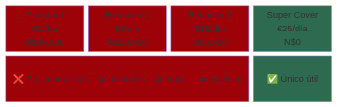
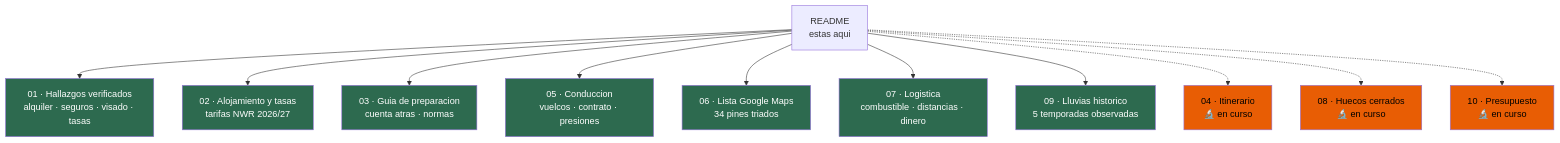
Before and after one commit to morandeirachema/namibia: the eighth of 10 diagrams in README.md, drawn with Mermaid. The commit also changed other lines of this file, not shown here.

````diff
--- a/README.md
+++ b/README.md
@@ -284,16 +232,24 @@
 ```mermaid
-block-beta
-    columns 4
-    A["Standard<br/>€0/día<br/>N$40.000"]
-    B["Reduced 1<br/>€8/día<br/>N$20.000"]
-    C["Reduced 2<br/>€15/día<br/>N$5.000"]
-    D["Super Cover<br/>€25/día<br/>N$0"]
-    E["❌ Sin neumáticos · sin cristales · sin bajos · sin vuelcos"]:3
-    F["✅ Único útil"]:1
-    style A fill:#9d0208,color:#fff
-    style B fill:#9d0208,color:#fff
-    style C fill:#9d0208,color:#fff
-    style D fill:#2d6a4f,color:#fff
-    style E fill:#9d0208,color:#fff
-    style F fill:#2d6a4f,color:#fff
+flowchart TD
+    R["README<br/>estas aqui"]
+    R --> D1["01 · Hallazgos verificados<br/>alquiler · seguros · visado · tasas"]
+    R --> D2["02 · Alojamiento y tasas<br/>tarifas NWR 2026/27"]
+    R --> D3["03 · Guia de preparacion<br/>cuenta atras · normas"]
+    R --> D5["05 · Conduccion<br/>vuelcos · contrato · presiones"]
+    R --> D6["06 · Lista Google Maps<br/>34 pines triados"]
+    R --> D7["07 · Logistica<br/>combustible · distancias · dinero"]
+    R --> D9["09 · Lluvias historico<br/>5 temporadas observadas"]
+    R -.-> D4["04 · Itinerario<br/>🔬 en curso"]
+    R -.-> D8["08 · Huecos cerrados<br/>🔬 en curso"]
+    R -.-> D10["10 · Presupuesto<br/>🔬 en curso"]
+    style D1 fill:#2d6a4f,color:#fff
+    style D2 fill:#2d6a4f,color:#fff
+    style D3 fill:#2d6a4f,color:#fff
+    style D5 fill:#2d6a4f,color:#fff
+    style D6 fill:#2d6a4f,color:#fff
+    style D7 fill:#2d6a4f,color:#fff
+    style D9 fill:#2d6a4f,color:#fff
+    style D4 fill:#e85d04,color:#000
+    style D8 fill:#e85d04,color:#000
+    style D10 fill:#e85d04,color:#000
 ```
````
